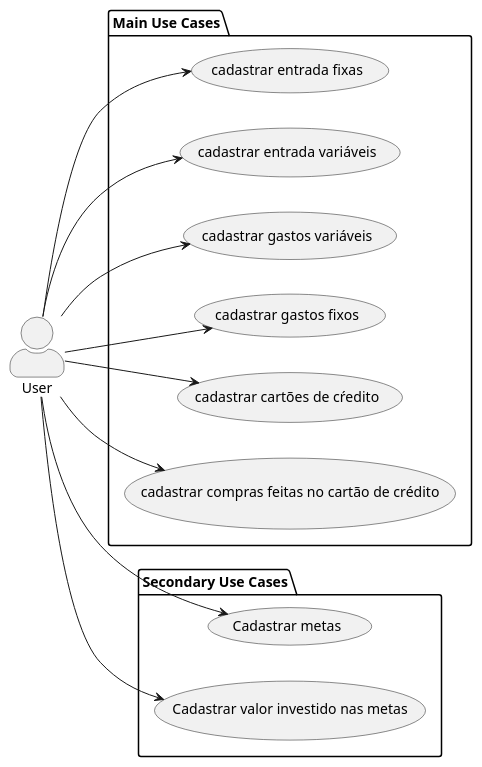
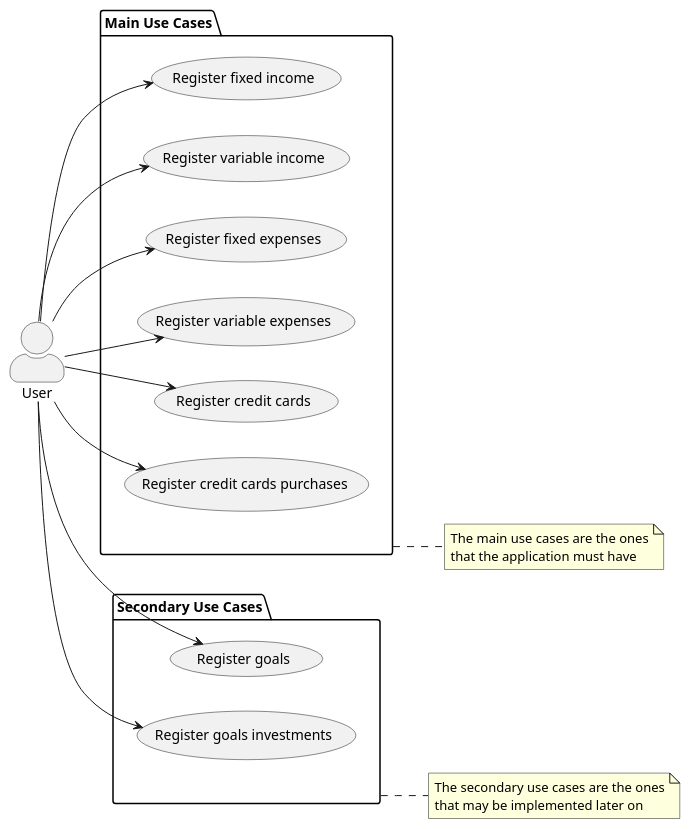
The diagram in modelling/UserUseCases.plantuml (sarehicy/Planner-Financeiro), drawn with PlantUML before and after one commit.

Commit message:
ci: improved User use cases
Translated to english and added notes to packages

```diff
--- a/modelling/UserUseCases.plantuml
+++ b/modelling/UserUseCases.plantuml
@@ -1,32 +1,42 @@
 @startuml Use Case 
 
 skinparam actorStyle awesome
 left to right direction
 
 :User: 
 
-package "Main Use Cases"{
-    usecase (cadastrar entrada fixas) as UC1
-    usecase (cadastrar entrada variáveis) as UC2
-    usecase (cadastrar gastos variáveis) as UC3
-    usecase (cadastrar gastos fixos) as UC4
-    usecase (cadastrar cartões de cŕedito) as UC5
-    usecase (cadastrar compras feitas no cartão de crédito) as UC6
+package "Main Use Cases" as MUC{
+    usecase (Register fixed income) as UC1
+    usecase (Register variable income) as UC2
+    usecase (Register fixed expenses) as UC3
+    usecase (Register variable expenses) as UC4
+    usecase (Register credit cards) as UC5
+    usecase (Register credit cards purchases) as UC6
 }
+
+note right of MUC
+    The main use cases are the ones
+    that the application must have
+end note
 
 User --> UC1
 User --> UC2
 User --> UC3
 User --> UC4
 User --> UC5
 User --> UC6
 
-package "Secondary Use Cases"{
-    usecase (Cadastrar metas) as UC1_SEC
-    usecase (Cadastrar valor investido nas metas) as UC2_SEC
+package "Secondary Use Cases" as SUC{
+    usecase (Register goals) as UC1_SEC
+    usecase (Register goals investments) as UC2_SEC
 }
+
+note right of SUC
+    The secondary use cases are the ones
+    that may be implemented later on
+end note
 
 User --> UC1_SEC
 User --> UC2_SEC
 
 @enduml
```
